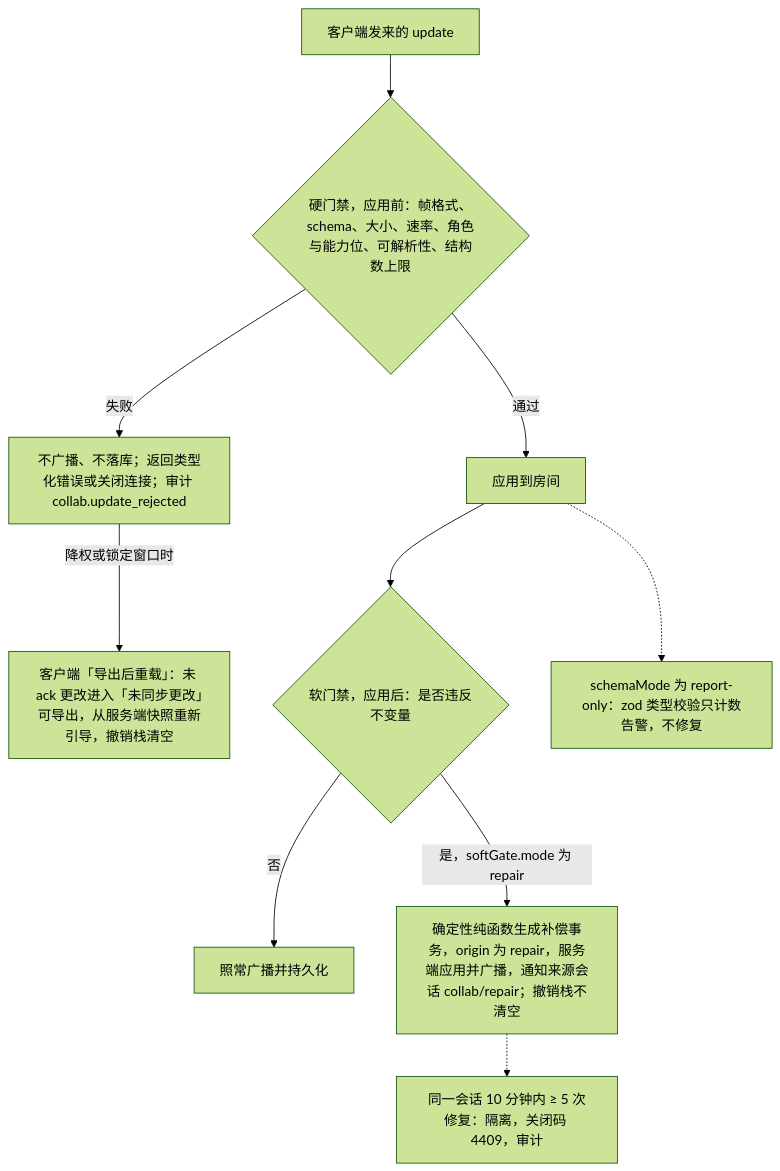
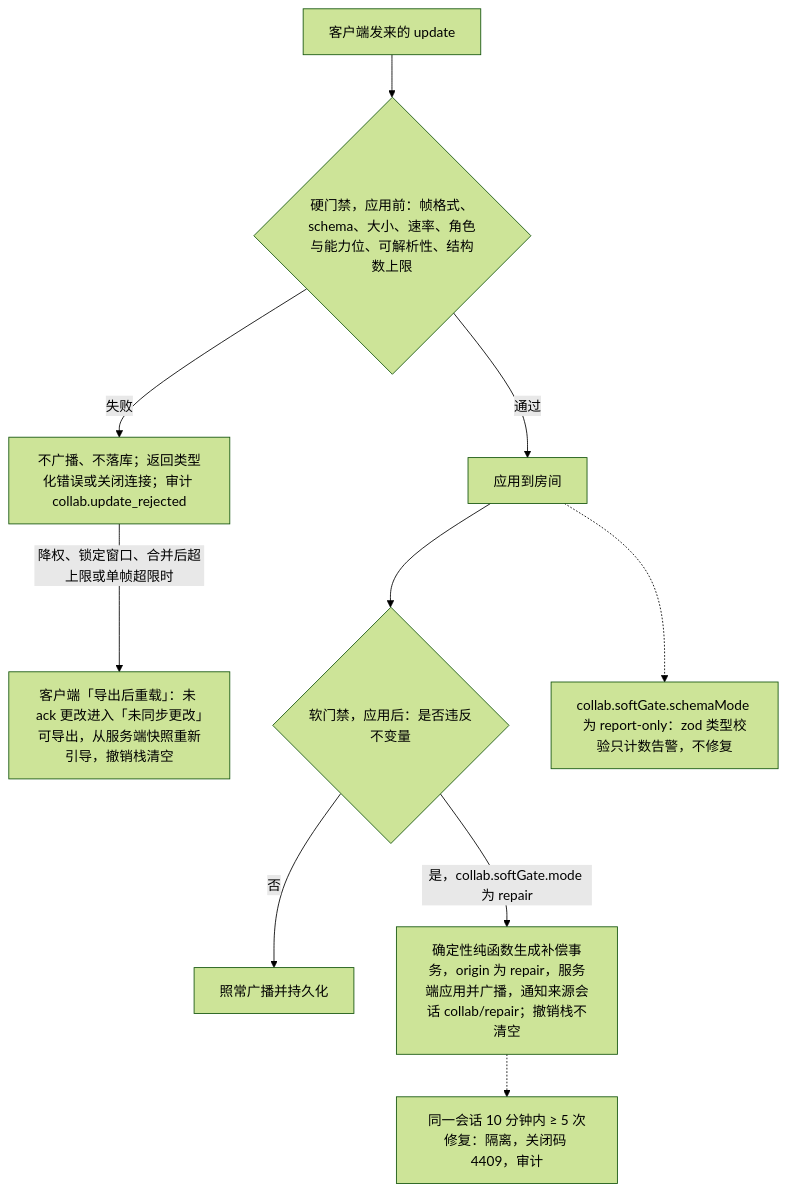
One commit to Xeonice/cordis-ppt-editor changed the ninth of 10 diagrams in docs/10-prd/03-features/03-collaboration.md. Above: the diagram before and after it, drawn with Mermaid (forest theme). The commit also changed other lines of this file and 19 other files, not shown here.

````diff
--- a/docs/10-prd/03-features/03-collaboration.md
+++ b/docs/10-prd/03-features/03-collaboration.md
@@ -405,21 +415,21 @@
 ```mermaid
 flowchart TB
   up["客户端发来的 update"]
   hard{"硬门禁，应用前：帧格式、schema、大小、速率、角色与能力位、可解析性、结构数上限"}
   rej["不广播、不落库；返回类型化错误或关闭连接；审计 collab.update_rejected"]
   reload["客户端「导出后重载」：未 ack 更改进入「未同步更改」可导出，从服务端快照重新引导，撤销栈清空"]
   apply["应用到房间"]
   soft{"软门禁，应用后：是否违反不变量"}
   pass["照常广播并持久化"]
   repair["确定性纯函数生成补偿事务，origin 为 repair，服务端应用并广播，通知来源会话 collab/repair；撤销栈不清空"]
   iso["同一会话 10 分钟内 ≥ 5 次修复：隔离，关闭码 4409，审计"]
-  report["schemaMode 为 report-only：zod 类型校验只计数告警，不修复"]
+  report["collab.softGate.schemaMode 为 report-only：zod 类型校验只计数告警，不修复"]
   up --> hard
   hard -->|"失败"| rej
-  rej -->|"降权或锁定窗口时"| reload
+  rej -->|"降权、锁定窗口、合并后超上限或单帧超限时"| reload
   hard -->|"通过"| apply --> soft
   soft -->|"否"| pass
-  soft -->|"是，softGate.mode 为 repair"| repair
+  soft -->|"是，collab.softGate.mode 为 repair"| repair
   repair -.-> iso
   apply -.-> report
 ```
````
